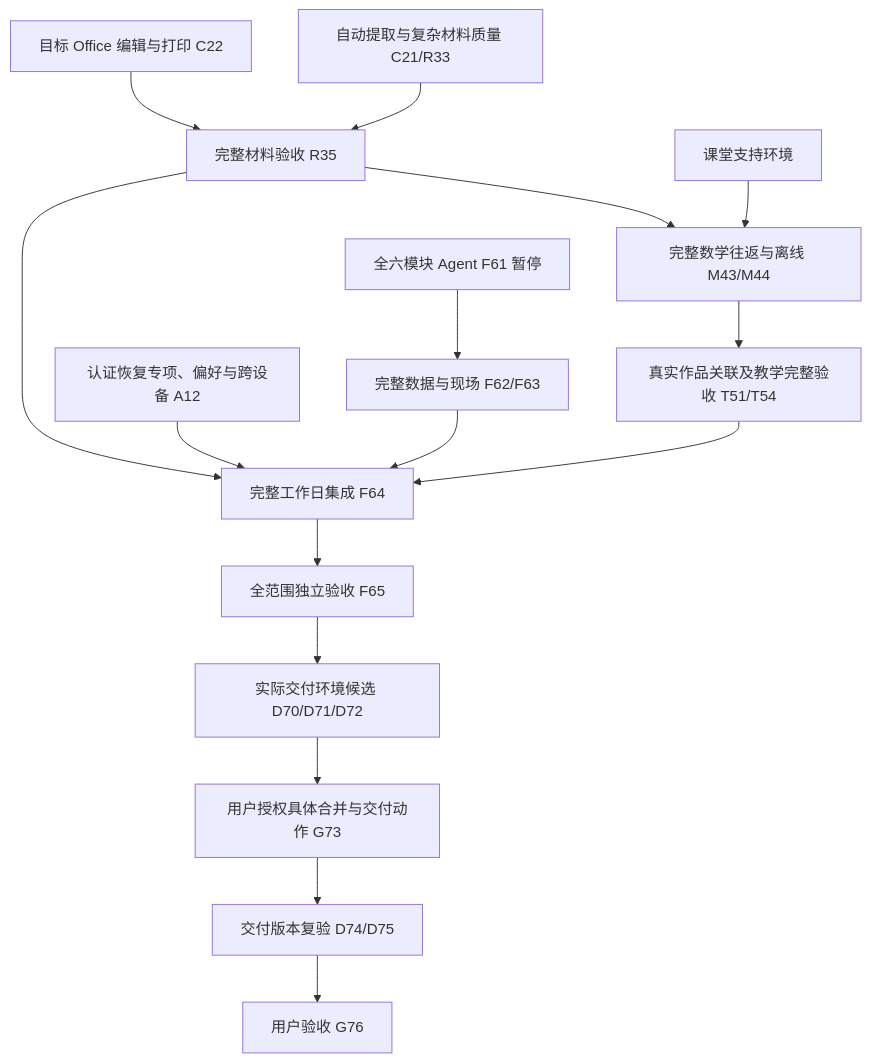
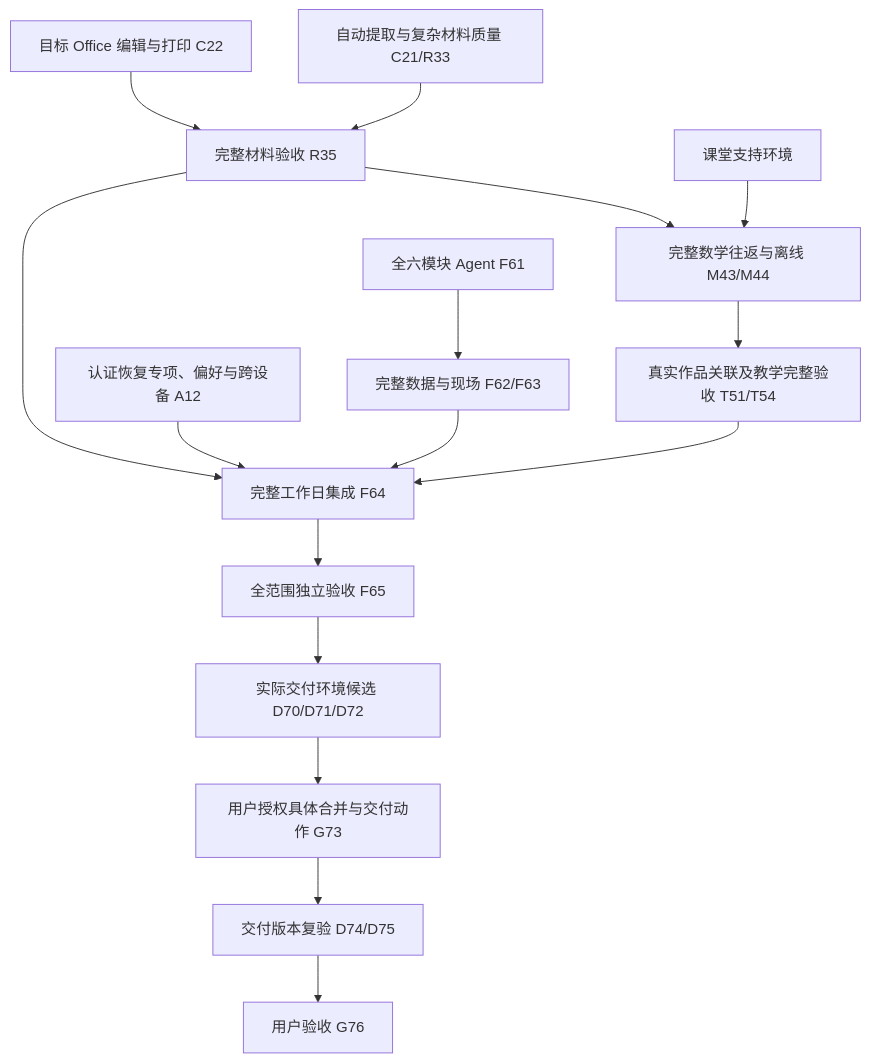
One commit to DingJWuyu/TeachBuddy changed the diagram in docs/plans/mvp-dag.md. Above: the diagram before and after it, drawn with Mermaid. The commit also changed other lines of this file and 108 other files, not shown here.

````diff
--- a/docs/plans/mvp-dag.md
+++ b/docs/plans/mvp-dag.md
@@ -11,18 +7,18 @@
 ```mermaid
 flowchart TD
   Auto[自动提取与复杂材料质量 C21/R33] --> Materials[完整材料验收 R35]
   Office[目标 Office 编辑与打印 C22] --> Materials
   Materials --> Math[完整数学往返与离线 M43/M44]
   Classroom[课堂支持环境] --> Math
   Math --> Teaching[真实作品关联及教学完整验收 T51/T54]
   Auth[认证恢复专项、偏好与跨设备 A12] --> Day[完整工作日集成 F64]
   Teaching --> Day
   Materials --> Day
-  Agent[全六模块 Agent F61 暂停] --> Reliability[完整数据与现场 F62/F63]
+  Agent[全六模块 Agent F61] --> Reliability[完整数据与现场 F62/F63]
   Reliability --> Day
   Day --> Full[全范围独立验收 F65]
   Full --> Delivery[实际交付环境候选 D70/D71/D72]
   Delivery --> Permission[用户授权具体合并与交付动作 G73]
   Permission --> Verify[交付版本复验 D74/D75]
   Verify --> User[用户验收 G76]
 ```
````
